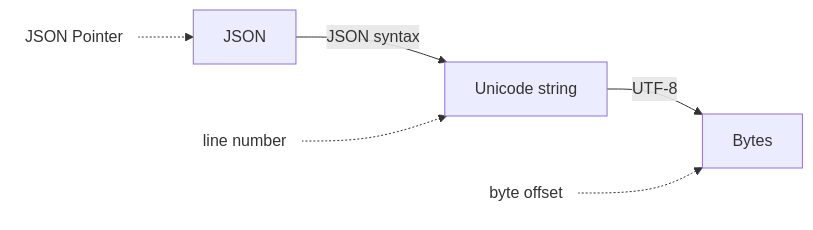
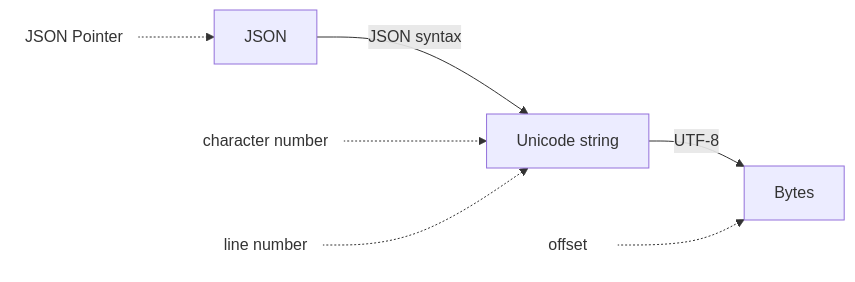
The second of 2 diagrams in index.qmd (gbv/validation-error-format), drawn with Mermaid before and after one commit. The commit also changed other lines of this file and 2 other files, not shown here.

````diff
--- a/index.qmd
+++ b/index.qmd
@@ -55,18 +53,21 @@
 ```{mermaid fig-align=left}
 graph LR
    JSON -- JSON syntax --> Unicode
    Unicode -- UTF-8   --> Bytes
    Unicode[Unicode string]
 
    jsonpointer(JSON Pointer)
+   char(character number)
    line(line number)
-   offset(byte offset)
+   offset
 
    style jsonpointer fill:#fff,stroke:#fff
+   style char fill:#fff,stroke:#fff
    style line fill:#fff,stroke:#fff
    style offset fill:#fff,stroke:#fff
 
-   jsonpointer -.-> JSON
+   jsonpointer -.-> JSON   
+   char -.-> Unicode
    line -.-> Unicode
    offset -.-> Bytes
 ```
````
